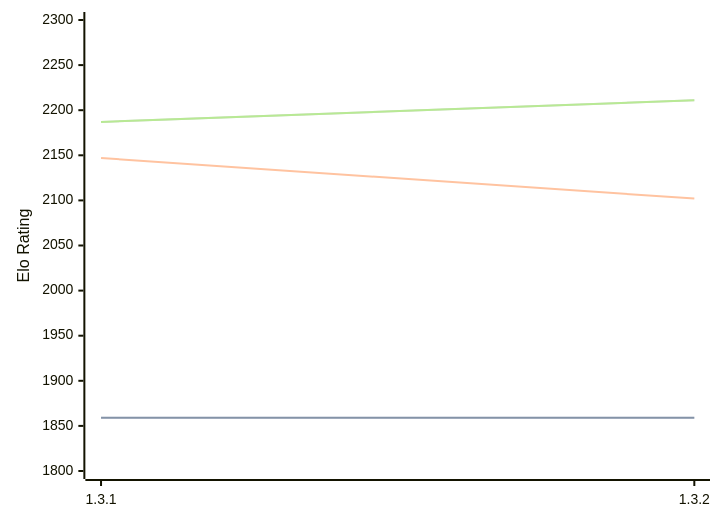
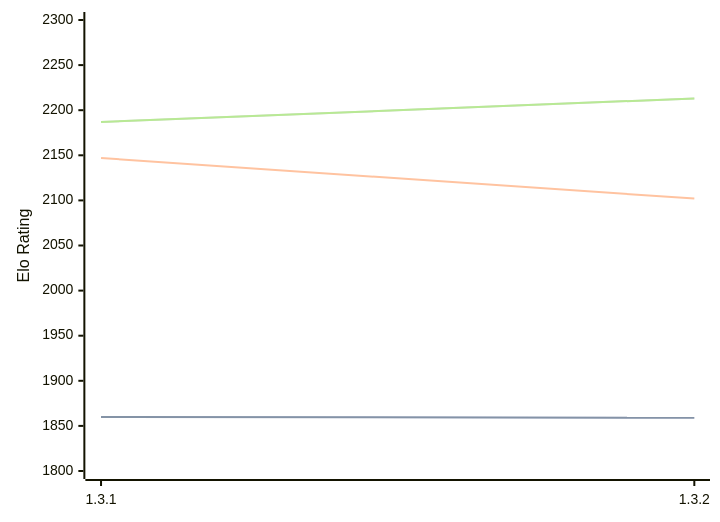
The diagram in engines/Zugblitz.md (computer-chess-index/cci), drawn with Mermaid before and after one commit. The commit also changed other lines of this file, not shown here.

Commit message:
Update CCI Ratings (ELO VLTC) - 2026-09-16

````diff
--- a/engines/Zugblitz.md
+++ b/engines/Zugblitz.md
@@ -32,11 +32,11 @@
 ```mermaid
 %%{init: {"theme":"base","themeVariables":{"seriesColors:['#a3a3a3','#222221','#faa371']}}}%%
 xychart-beta
   x-axis ["1.3.1", "1.3.2"]
   y-axis "Elo Rating" 1800 --> 2300
-  line "" [1859, 1859]
-  line "STC (8.0+0.08s)" [1859, 1859]
+  line "" [1860, 1859]
+  line "STC (8.0+0.08s)" [1860, 1859]
   line "LTC (60.0+0.60s)" [2147, 2102]
-  line "" [2187, 2211]
-  line "VLTC (2m24s+1.12s)" [2187, 2211]
+  line "" [2187, 2213]
+  line "VLTC (2m24s+1.12s)" [2187, 2213]
 ```
````
